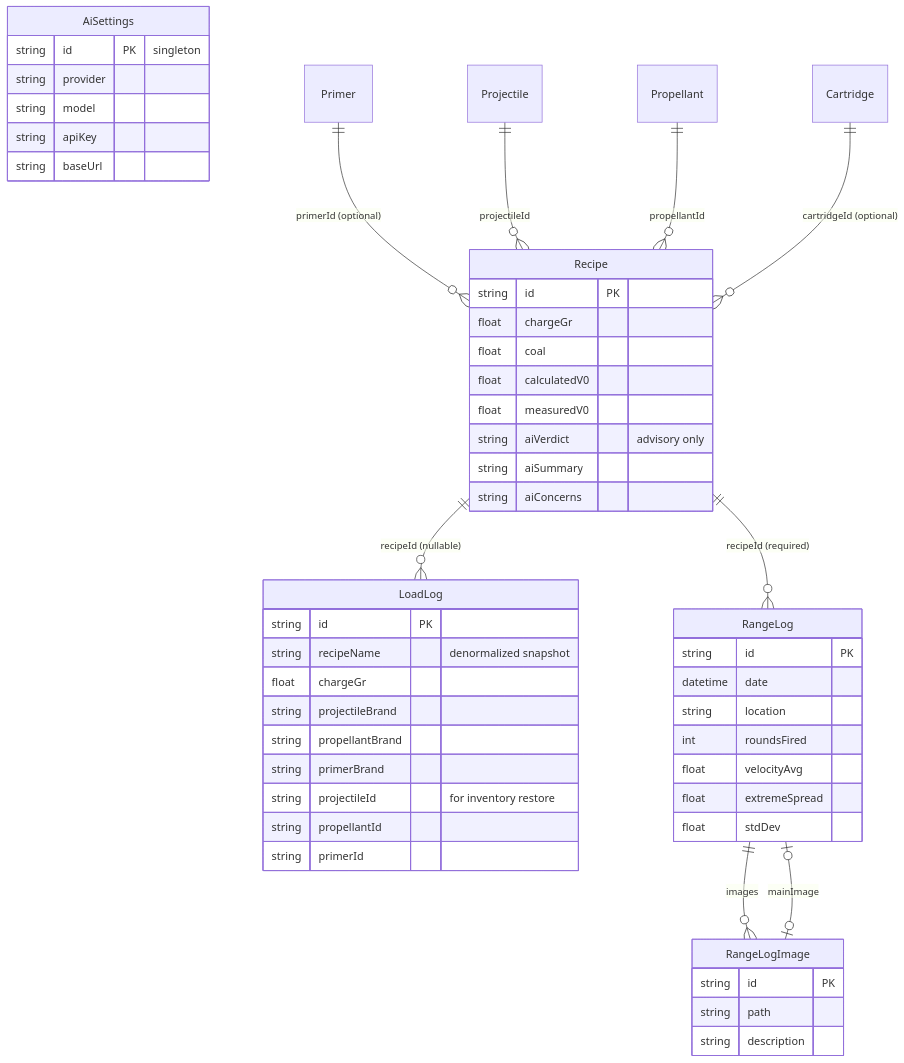
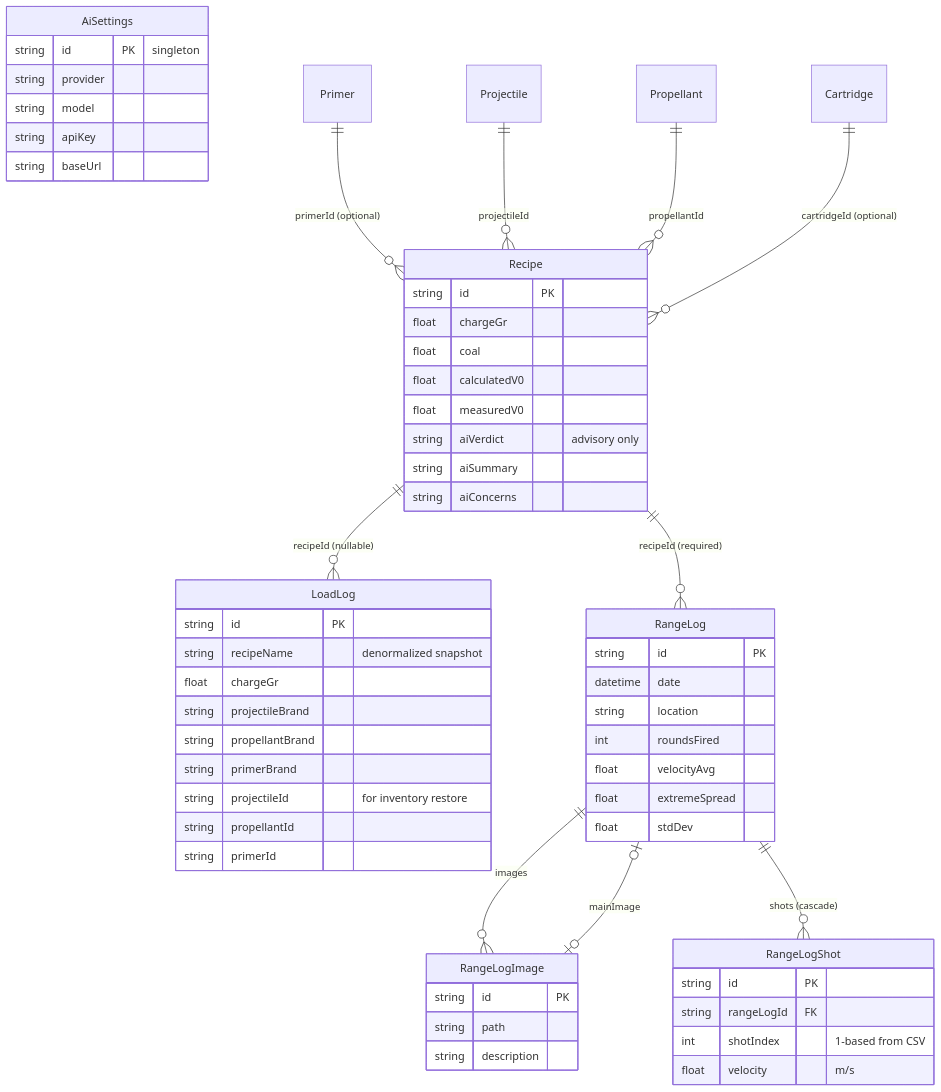
One commit to KennethEgholm/reloading changed the second of 3 diagrams in docs/architecture.md. Above: the diagram before and after it, drawn with Mermaid. The commit also changed other lines of this file and 2 other files, not shown here.

Commit message:
docs: document chronograph CSV import + RangeLogShot model

````diff
--- a/docs/architecture.md
+++ b/docs/architecture.md
@@ -56,59 +56,67 @@
 ```mermaid
 erDiagram
     AiSettings {
         string id PK "singleton"
         string provider
         string model
         string apiKey
         string baseUrl
     }
 
     Primer ||--o{ Recipe : "primerId (optional)"
     Projectile ||--o{ Recipe : "projectileId"
     Propellant ||--o{ Recipe : "propellantId"
     Cartridge ||--o{ Recipe : "cartridgeId (optional)"
 
     Recipe ||--o{ LoadLog : "recipeId (nullable)"
     Recipe ||--o{ RangeLog : "recipeId (required)"
     RangeLog ||--o{ RangeLogImage : "images"
     RangeLog |o--o| RangeLogImage : "mainImage"
+    RangeLog ||--o{ RangeLogShot : "shots (cascade)"
 
     Recipe {
         string id PK
         float chargeGr
         float coal
         float calculatedV0
         float measuredV0
         string aiVerdict "advisory only"
         string aiSummary
         string aiConcerns
     }
 
     LoadLog {
         string id PK
         string recipeName "denormalized snapshot"
         float chargeGr
         string projectileBrand
         string propellantBrand
         string primerBrand
         string projectileId "for inventory restore"
         string propellantId
         string primerId
     }
 
     RangeLog {
         string id PK
         datetime date
         string location
         int roundsFired
         float velocityAvg
         float extremeSpread
         float stdDev
     }
 
     RangeLogImage {
         string id PK
         string path
         string description
     }
+
+    RangeLogShot {
+        string id PK
+        string rangeLogId FK
+        int shotIndex "1-based from CSV"
+        float velocity "m/s"
+    }
 ```
````
